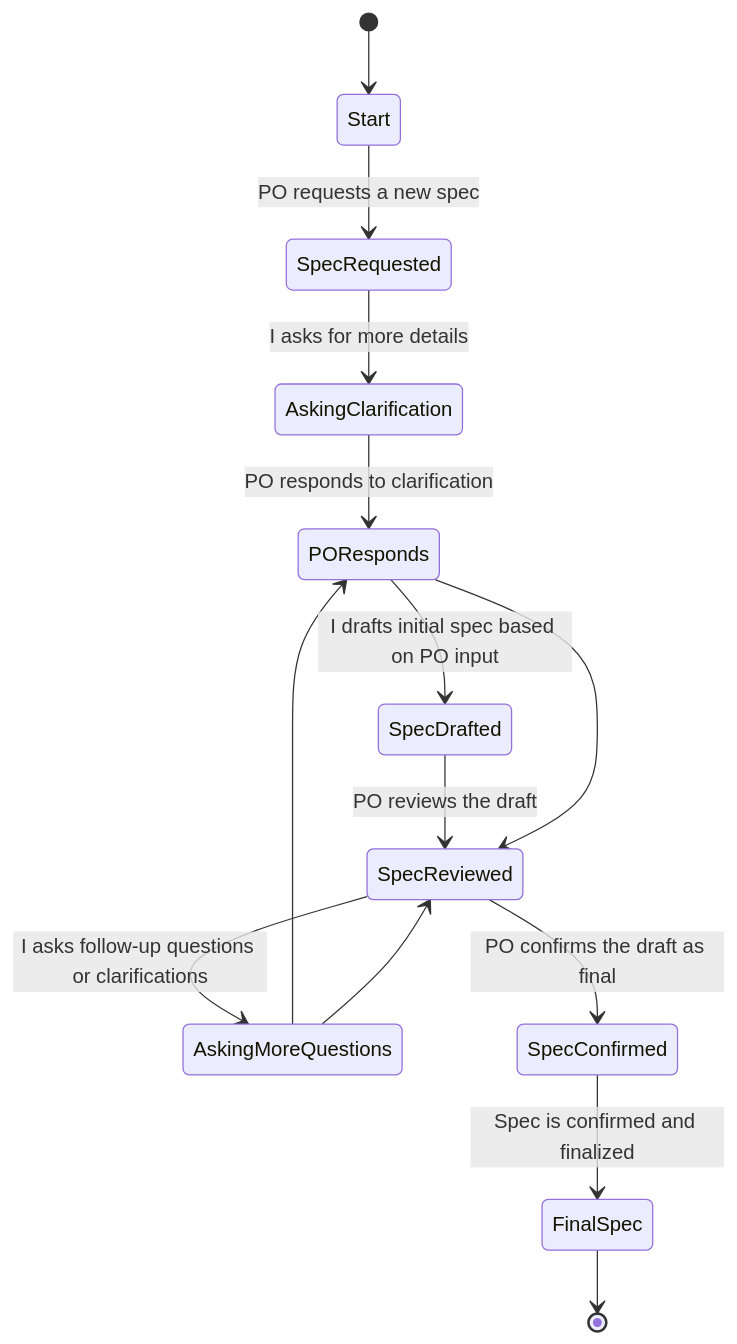
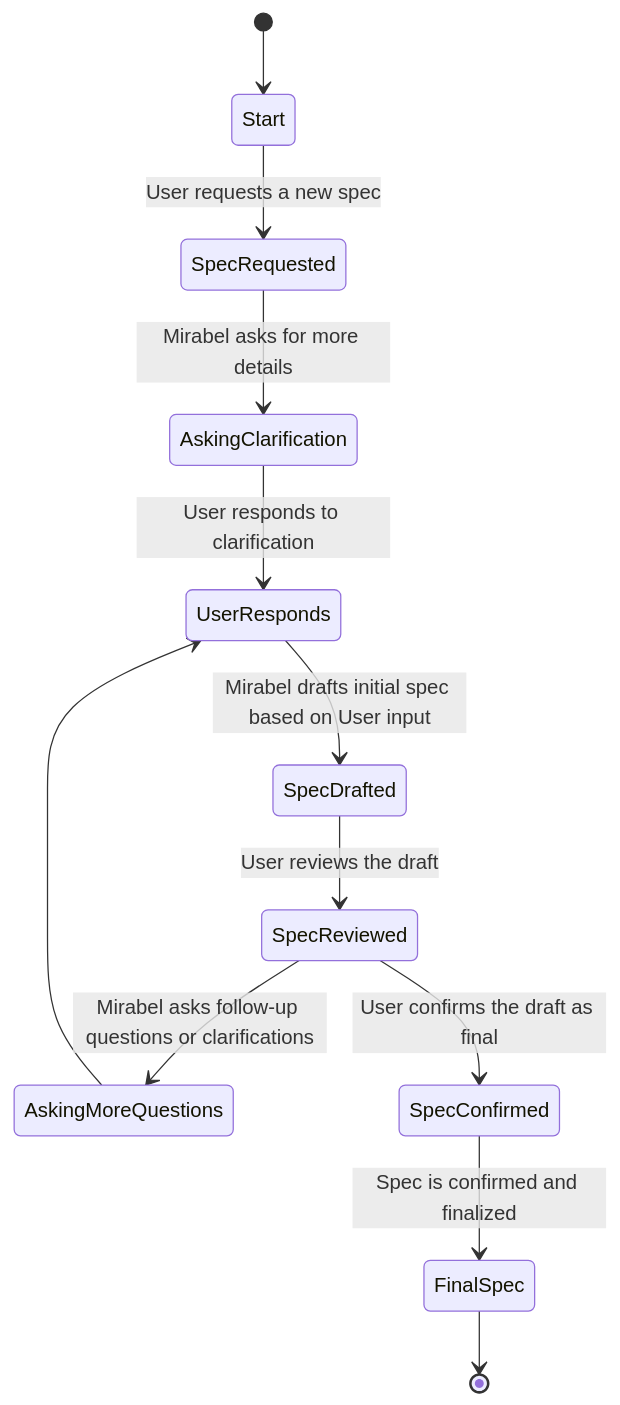
Before and after one commit to norpie/mirabel: the first of 2 diagrams in README.md, drawn with Mermaid.

Commit message:
docs: edited the spec creation graph a bit

````diff
--- a/README.md
+++ b/README.md
@@ -69,16 +69,14 @@
 ```mermaid
 stateDiagram-v2
     [*] --> Start
-    Start --> SpecRequested: PO requests a new spec
-    SpecRequested --> AskingClarification: I asks for more details
-    AskingClarification --> POResponds: PO responds to clarification
-    POResponds --> SpecDrafted: I drafts initial spec based on PO input
-    SpecDrafted --> SpecReviewed: PO reviews the draft
-    SpecReviewed --> AskingMoreQuestions: I asks follow-up questions or clarifications
-    SpecReviewed --> SpecConfirmed: PO confirms the draft as final
-    AskingMoreQuestions --> POResponds
-    AskingMoreQuestions --> SpecReviewed
-    POResponds --> SpecReviewed
+    Start --> SpecRequested: User requests a new spec
+    SpecRequested --> AskingClarification: Mirabel asks for more details
+    AskingClarification --> UserResponds: User responds to clarification
+    UserResponds --> SpecDrafted: Mirabel drafts initial spec based on User input
+    SpecDrafted --> SpecReviewed: User reviews the draft
+    SpecReviewed --> AskingMoreQuestions: Mirabel asks follow-up questions or clarifications
+    SpecReviewed --> SpecConfirmed: User confirms the draft as final
+    AskingMoreQuestions --> UserResponds
     SpecConfirmed --> FinalSpec: Spec is confirmed and finalized
     FinalSpec --> [*]
 ```
````
